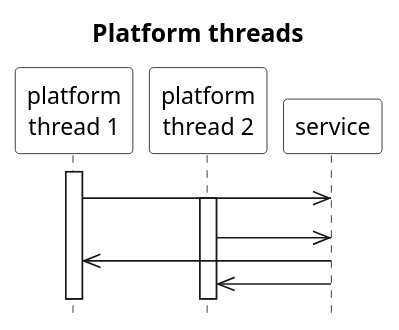
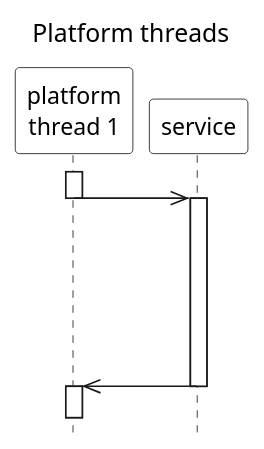
Before and after one commit to ti-cortex-m4/demo-java-virtual-threads2: the diagram in images/platform_threads.puml, drawn with PlantUML.

```diff
--- a/images/platform_threads.puml
+++ b/images/platform_threads.puml
@@ -1,28 +1,34 @@
 @startuml
 
 title Platform threads
 
 scale 1.1
 hide footbox
 skinparam monochrome true
 skinparam defaultFontName Source Sans Pro
 skinparam titleFontSize 15
+skinparam titleFontStyle normal
 skinparam sequenceMessageAlign left
 skinparam participantBackgroundColor #white
 skinparam noteBackgroundColor #white
 skinparam sequenceGroupBackgroundColor #white
 
 participant "platform\nthread 1" as PlatformThread1
-participant "platform\nthread 2" as PlatformThread2
+'participant "platform\nthread 2" as PlatformThread2
 participant "service" as Service
 
 ||10||
 activate PlatformThread1
 PlatformThread1->>Service
+deactivate PlatformThread1
+activate Service
+||100||
+'activate PlatformThread2
+'PlatformThread2->>Service
+Service->>PlatformThread1
+deactivate Service
+activate PlatformThread1
+'Service->>PlatformThread2
 ||10||
-activate PlatformThread2
-PlatformThread2->>Service
-Service->>PlatformThread1
-Service->>PlatformThread2
 
 @enduml
```
